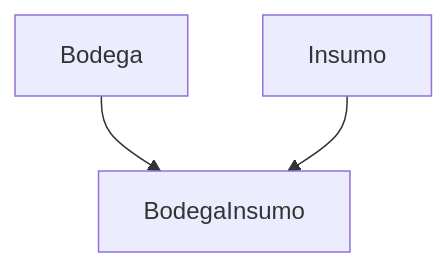
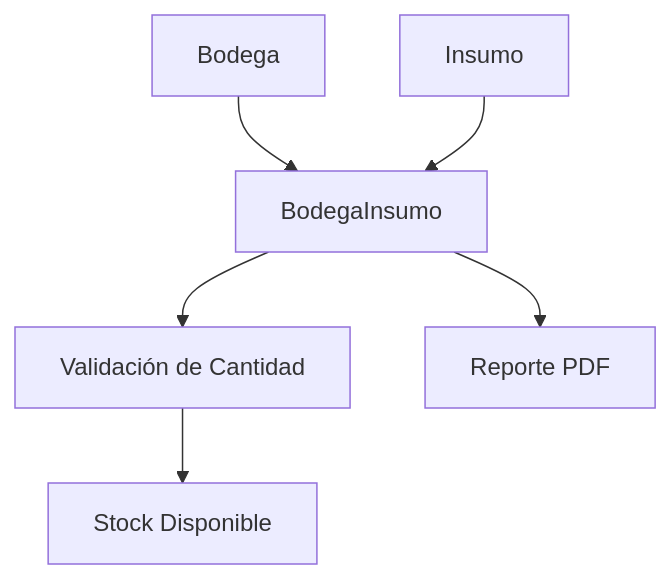
The diagram in documentacion_agrosoft/src/content/docs/modules/inventario/bodega_insumo.md (angela1705/ApiAgrosoftProyecto), drawn with Mermaid before and after one commit. The commit also changed other lines of this file and 20 other files, not shown here.

````diff
--- a/documentacion_agrosoft/src/content/docs/modules/inventario/bodega_insumo.md
+++ b/documentacion_agrosoft/src/content/docs/modules/inventario/bodega_insumo.md
@@ -227,5 +281,8 @@
 ```mermaid
 graph TD
     A[Bodega] --> B[BodegaInsumo]
     C[Insumo] --> B
+    B --> D[Validación de Cantidad]
+    D --> E[Stock Disponible]
+    B --> F[Reporte PDF]
 ```
````
